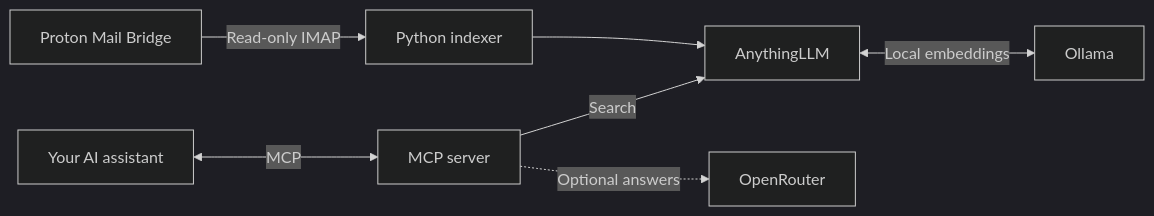
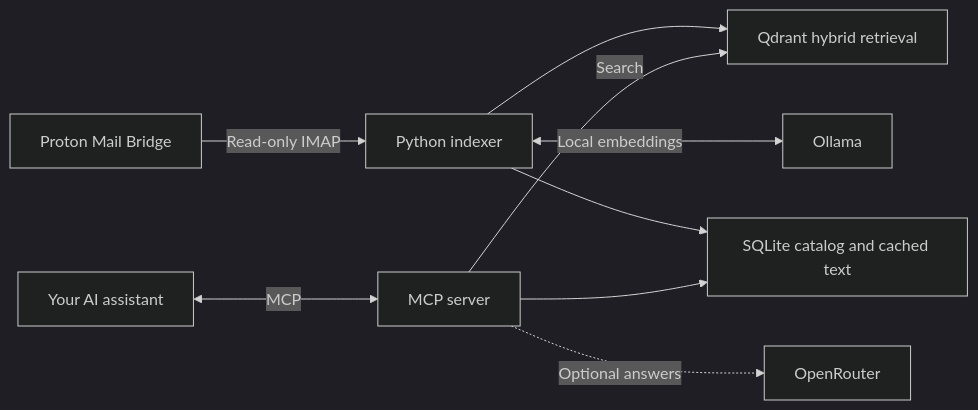
Before and after one commit to waf1102/proton-rag-mcp: the diagram in README.md, drawn with Mermaid (dark theme). The commit also changed other lines of this file and 39 other files, not shown here.

````diff
--- a/README.md
+++ b/README.md
@@ -33,9 +33,11 @@
 ```mermaid
 flowchart LR
     Mail[Proton Mail Bridge] -->|Read-only IMAP| Index[Python indexer]
-    Index --> Store[AnythingLLM]
-    Store <-->|Local embeddings| Ollama[Ollama]
+    Index --> Store[Qdrant hybrid retrieval]
+    Index <-->|Local embeddings| Ollama[Ollama]
+    Index --> Catalog[SQLite catalog and cached text]
+    Server --> Catalog
     Assistant[Your AI assistant] <-->|MCP| Server[MCP server]
     Server -->|Search| Store
     Server -.->|Optional answers| Router[OpenRouter]
 ```
````
